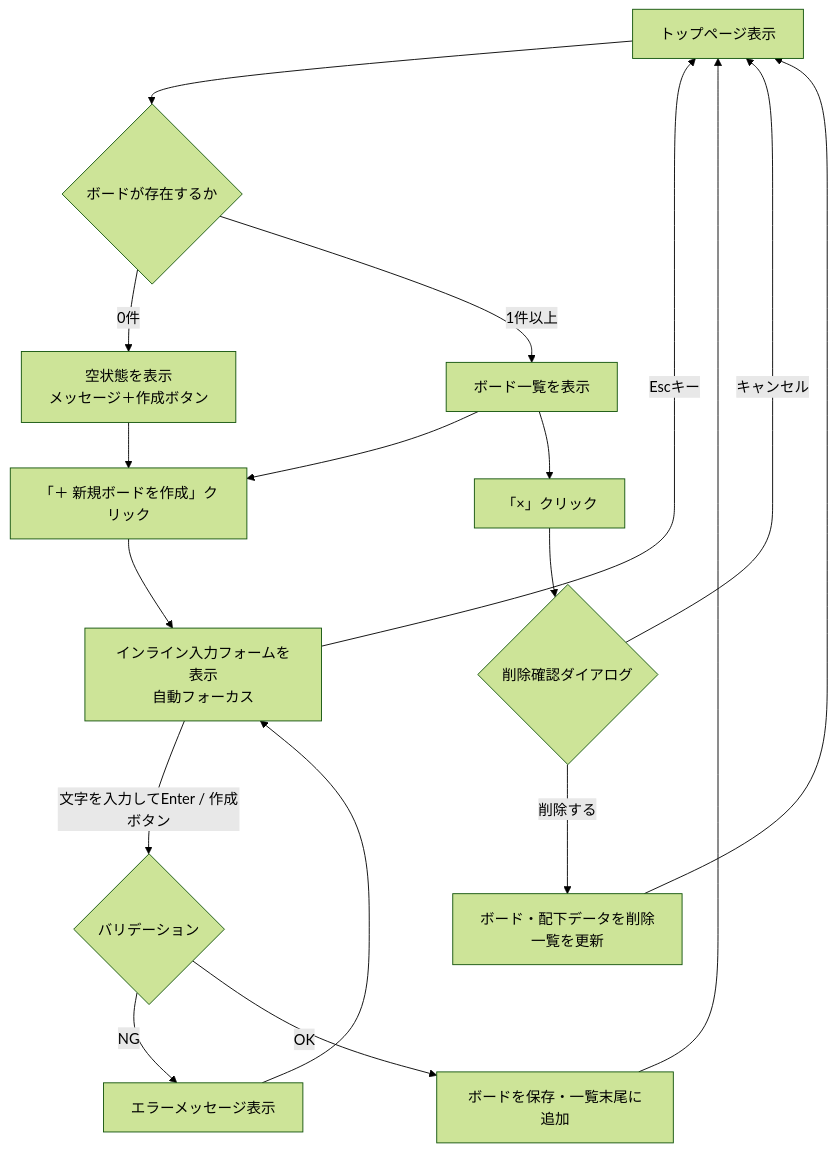
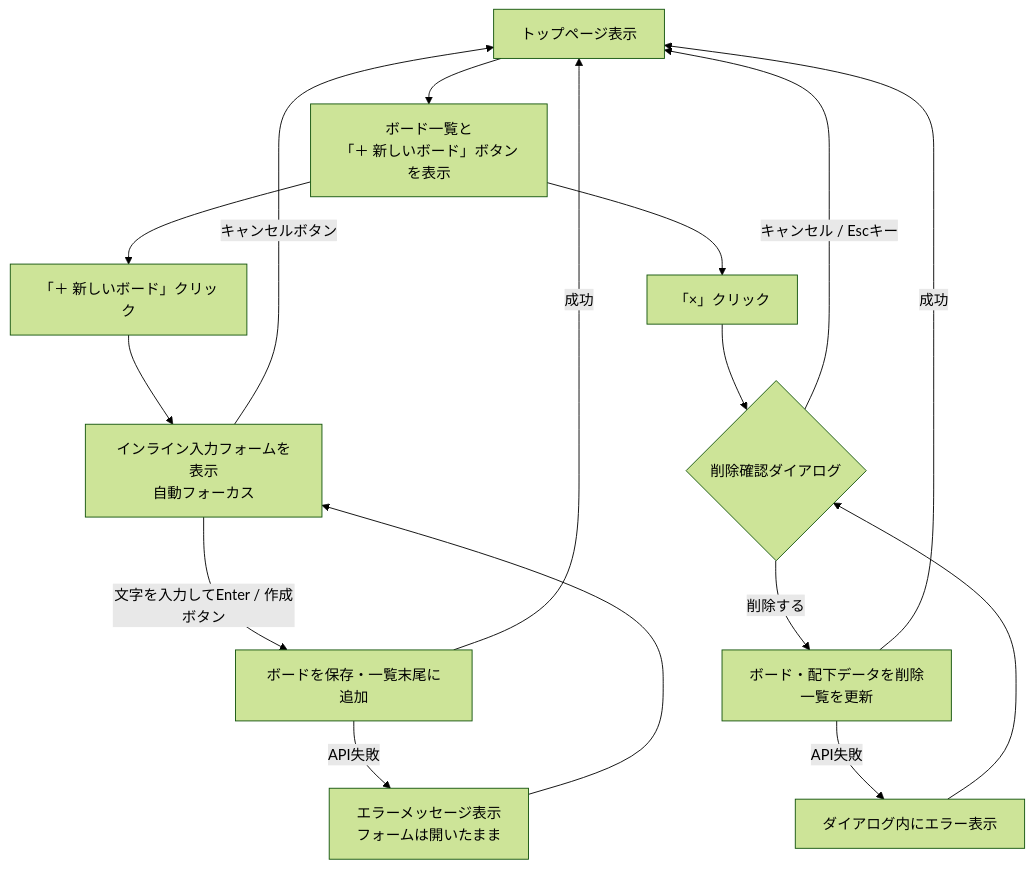
The second of 3 diagrams in docs/screen-flow.md (Higasizono/TaskManagement), drawn with Mermaid (forest theme) before and after one commit. The commit also changed other lines of this file and 21 other files, not shown here.

````diff
--- a/docs/screen-flow.md
+++ b/docs/screen-flow.md
@@ -23,27 +23,25 @@
 ```mermaid
 flowchart TD
     Top[トップページ表示]
 
-    Top --> HasBoards{ボードが存在するか}
-    HasBoards -->|0件| Empty[空状態を表示\nメッセージ＋作成ボタン]
-    HasBoards -->|1件以上| List[ボード一覧を表示]
+    Top --> List[ボード一覧と\n「＋ 新しいボード」ボタンを表示]
 
     %% ボード作成フロー
-    List --> ClickCreate[「＋ 新規ボードを作成」クリック]
-    Empty --> ClickCreate
+    List --> ClickCreate[「＋ 新しいボード」クリック]
     ClickCreate --> ShowForm[インライン入力フォームを表示\n自動フォーカス]
 
-    ShowForm --> |Escキー| Top
-    ShowForm --> |文字を入力してEnter / 作成ボタン| Validate{バリデーション}
-    Validate -->|NG| ShowError[エラーメッセージ表示]
+    ShowForm --> |キャンセルボタン| Top
+    ShowForm --> |文字を入力してEnter / 作成ボタン| SaveBoard[ボードを保存・一覧末尾に追加]
+    SaveBoard -->|API失敗| ShowError[エラーメッセージ表示\nフォームは開いたまま]
     ShowError --> ShowForm
-    Validate -->|OK| SaveBoard[ボードを保存・一覧末尾に追加]
-    SaveBoard --> Top
+    SaveBoard -->|成功| Top
 
     %% ボード削除フロー
     List --> ClickDelete[「×」クリック]
     ClickDelete --> Confirm{削除確認ダイアログ}
-    Confirm -->|キャンセル| Top
+    Confirm -->|キャンセル / Escキー| Top
     Confirm -->|削除する| DeleteBoard[ボード・配下データを削除\n一覧を更新]
-    DeleteBoard --> Top
+    DeleteBoard -->|API失敗| ConfirmError[ダイアログ内にエラー表示]
+    ConfirmError --> Confirm
+    DeleteBoard -->|成功| Top
 ```
````
